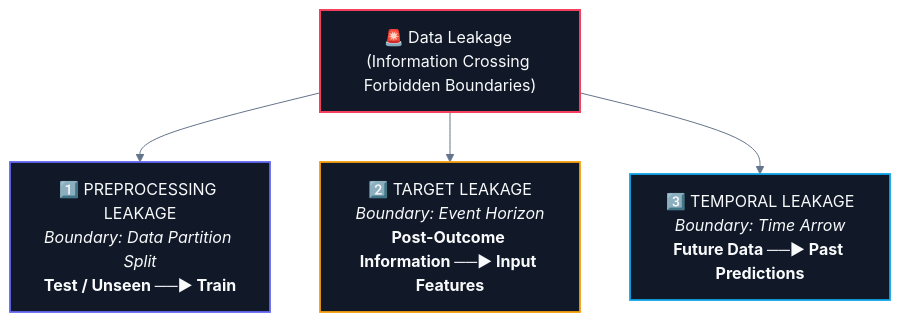
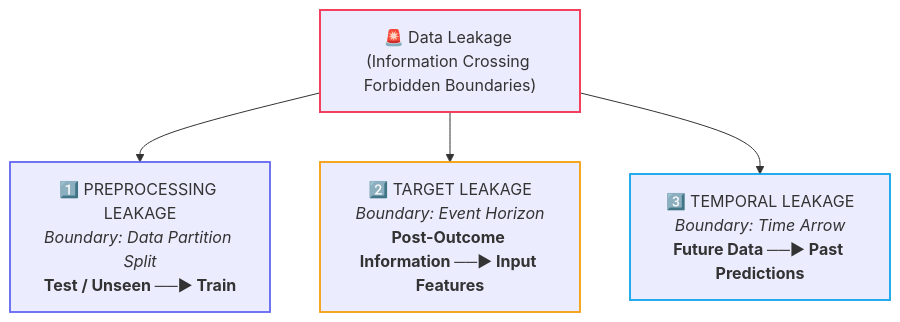
One commit to abhinavbharti2345/CS_Notes changed the first of 6 diagrams in CS/AI & ML/02. Data Preprocessing/01. Data Leakage.md. Above: the diagram before and after it, drawn with Mermaid. The commit also changed other lines of this file and 91 other files, not shown here.

````diff
--- a/CS/AI & ML/02. Data Preprocessing/01. Data Leakage.md
+++ b/CS/AI & ML/02. Data Preprocessing/01. Data Leakage.md
@@ -26,19 +26,18 @@
 ```mermaid
-%%{init: {'theme': 'base', 'themeVariables': { 'darkMode': true, 'background': '#0B0F14', 'mainBkg': '#111827', 'primaryColor': '#111827', 'primaryTextColor': '#F8FAFC', 'primaryBorderColor': '#38BDF8', 'lineColor': '#64748B', 'secondaryColor': '#0B0F14', 'tertiaryColor': '#0B0F14', 'clusterBkg': '#0B0F14', 'clusterBorder': '#38BDF8' }}}%%
 flowchart TD
     Leakage["🚨 Data Leakage (Information Crossing Forbidden Boundaries)"]
     
     Leakage --> L1["1️⃣ PREPROCESSING LEAKAGE<br/><i>Boundary: Data Partition Split</i><br/><b>Test / Unseen ──► Train</b>"]
     Leakage --> L2["2️⃣ TARGET LEAKAGE<br/><i>Boundary: Event Horizon</i><br/><b>Post-Outcome Information ──► Input Features</b>"]
     Leakage --> L3["3️⃣ TEMPORAL LEAKAGE<br/><i>Boundary: Time Arrow</i><br/><b>Future Data ──► Past Predictions</b>"]
 
-    classDef root fill:#111827,stroke:#f43f5e,stroke-width:2px,color:#F8FAFC;
-    classDef l1 fill:#111827,stroke:#6366f1,stroke-width:1.8px,color:#F8FAFC;
-    classDef l2 fill:#111827,stroke:#f59e0b,stroke-width:1.8px,color:#F8FAFC;
-    classDef l3 fill:#111827,stroke:#0ea5e9,stroke-width:1.8px,color:#F8FAFC;
+    classDef root stroke:#f43f5e,stroke-width:2px;
+    classDef l1 stroke:#6366f1,stroke-width:1.8px;
+    classDef l2 stroke:#f59e0b,stroke-width:1.8px;
+    classDef l3 stroke:#0ea5e9,stroke-width:1.8px;
 
     class Leakage root;
     class L1 l1;
     class L2 l2;
     class L3 l3;
 ```
````
